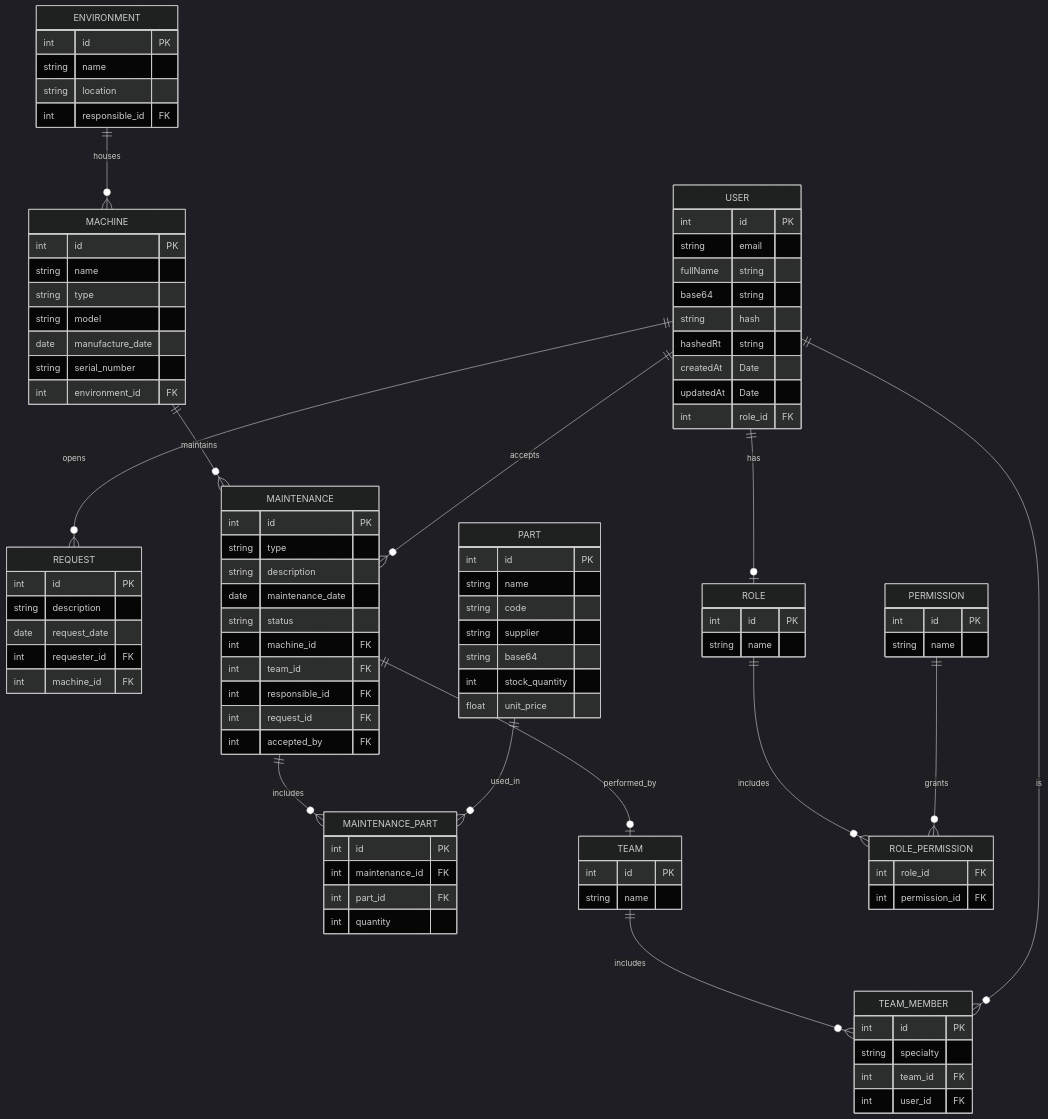
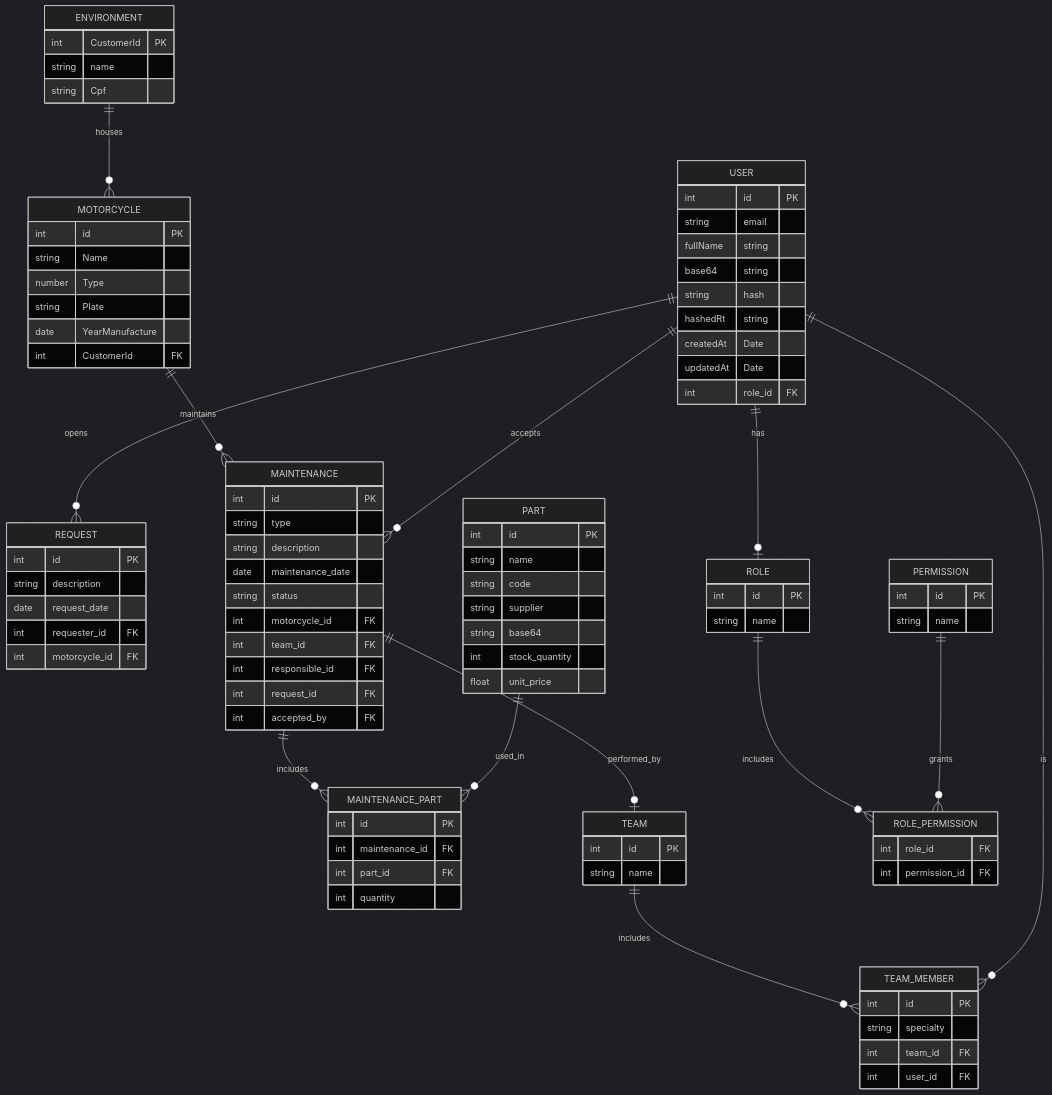
Before and after one commit to gabrielcavalcant/maintaner-ads: the diagram in web/doc/er.md, drawn with Mermaid (dark theme). The commit also changed 26 other files, not shown here.

Commit message:
refactor: refactor machine to motorcycle

````diff
--- a/web/doc/er.md
+++ b/web/doc/er.md
@@ -1,26 +1,24 @@
 ```mermaid
 erDiagram
     ENVIRONMENT {
+        int CustomerId PK
+        string name
+        string Cpf
+    }
+    MOTORCYCLE {
         int id PK
-        string name
-        string location
-        int responsible_id FK
-    }
-    MACHINE {
-        int id PK
-        string name
-        string type
-        string model
-        date manufacture_date
-        string serial_number
-        int environment_id FK
+        string Name
+        number Type
+        string Plate
+        date YearManufacture
+        int CustomerId FK
     }
     REQUEST {
         int id PK
         string description
         date request_date
         int requester_id FK
-        int machine_id FK
+        int motorcycle_id FK
     }
     MAINTENANCE {
         int id PK
@@ -28,7 +26,7 @@
         string description
         date maintenance_date
         string status
-        int machine_id FK
+        int motorcycle_id FK
         int team_id FK
         int responsible_id FK
         int request_id FK
@@ -83,8 +81,8 @@
         int permission_id FK
     }
 
-    ENVIRONMENT ||--o{ MACHINE : houses
-    MACHINE ||--o{ MAINTENANCE : maintains
+    ENVIRONMENT ||--o{ MOTORCYCLE : houses
+    MOTORCYCLE ||--o{ MAINTENANCE : maintains
     MAINTENANCE ||--o{ MAINTENANCE_PART : includes
     PART ||--o{ MAINTENANCE_PART : used_in
     MAINTENANCE ||--o| TEAM : performed_by
````
